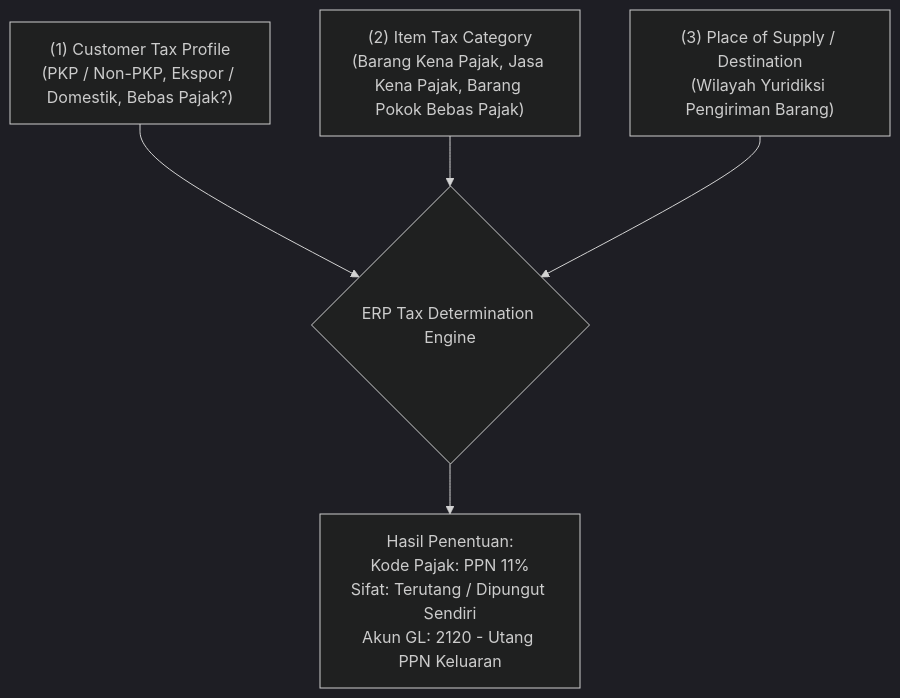
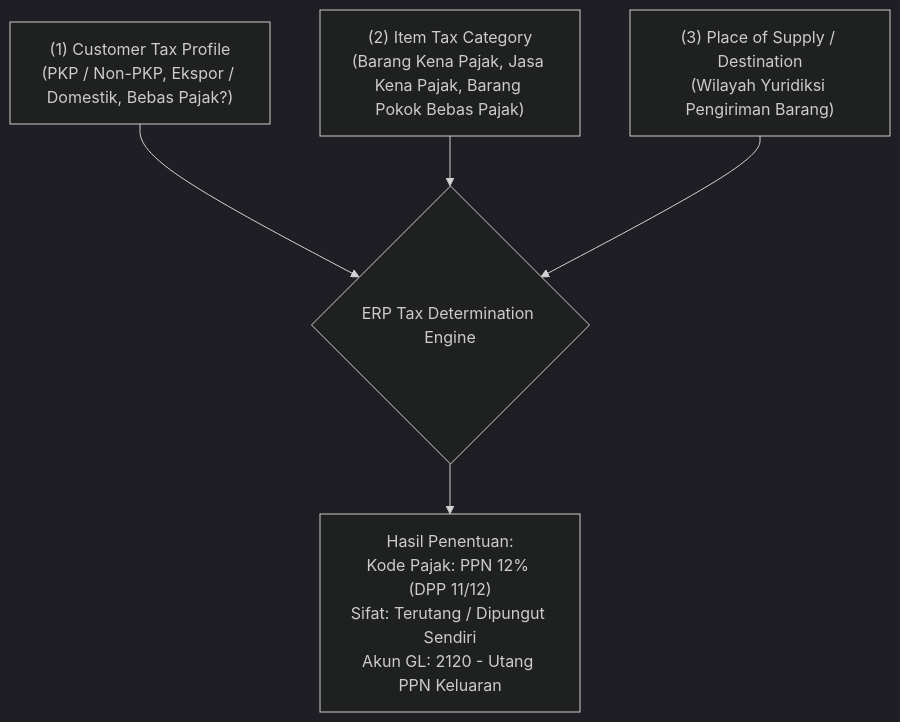
Before and after one commit to alimurrofid/erp-notes: the diagram in content/03-sales/sales-tax.md, drawn with Mermaid (dark theme). The commit also changed other lines of this file and 29 other files, not shown here.

Commit message:
fix(tax): align PPN labels with statutory 12% and 11/12 DPP

````diff
--- a/content/03-sales/sales-tax.md
+++ b/content/03-sales/sales-tax.md
@@ -28,13 +28,13 @@
 ```mermaid
 flowchart TD
     Cust["(1) Customer Tax Profile<br/>(PKP / Non-PKP, Ekspor / Domestik, Bebas Pajak?)"] 
     --> Engine{"ERP Tax Determination Engine"}
     
     Item["(2) Item Tax Category<br/>(Barang Kena Pajak, Jasa Kena Pajak, Barang Pokok Bebas Pajak)"] 
     --> Engine
     
     Loc["(3) Place of Supply / Destination<br/>(Wilayah Yuridiksi Pengiriman Barang)"] 
     --> Engine
 
-    Engine --> Result["Hasil Penentuan:<br/>Kode Pajak: PPN 11%<br/>Sifat: Terutang / Dipungut Sendiri<br/>Akun GL: 2120 - Utang PPN Keluaran"]
+    Engine --> Result["Hasil Penentuan:<br/>Kode Pajak: PPN 12% (DPP 11/12)<br/>Sifat: Terutang / Dipungut Sendiri<br/>Akun GL: 2120 - Utang PPN Keluaran"]
 ```
````
